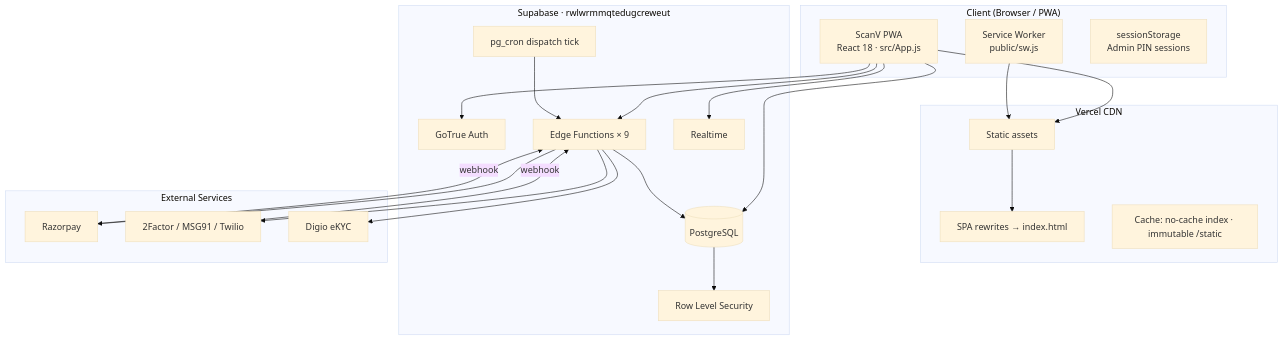
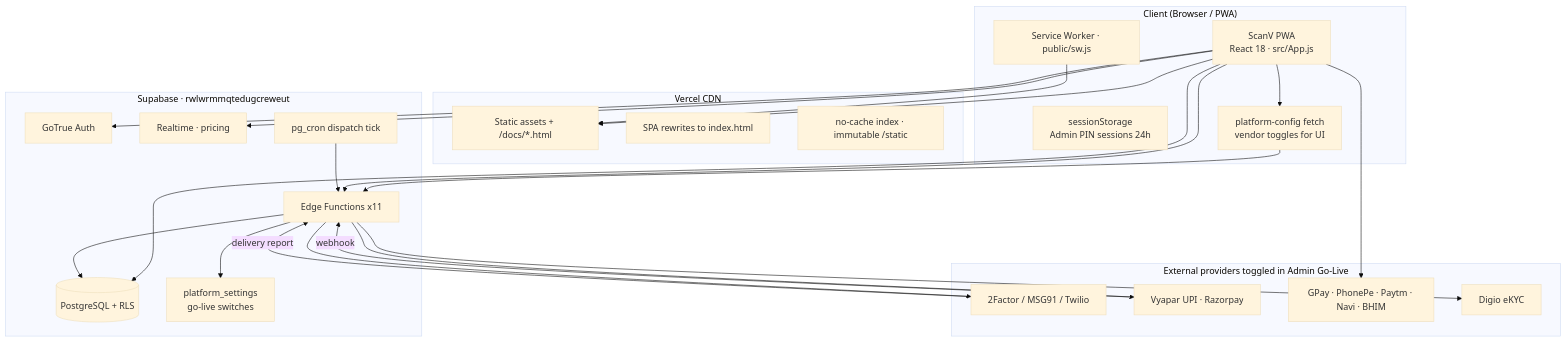
The second of 7 diagrams in docs/ARCHITECTURE.md (scanversecorp/scanverse), drawn with Mermaid (base theme) before and after one commit. The commit also changed other lines of this file and 14 other files, not shown here.

First line of the commit message:
Update architecture and data-flow diagrams for v5.5.3.

````diff
--- a/docs/ARCHITECTURE.md
+++ b/docs/ARCHITECTURE.md
@@ -40,45 +53,49 @@
 ```mermaid
 flowchart TB
     subgraph Client["Client (Browser / PWA)"]
         PWA["ScanV PWA<br/>React 18 · src/App.js"]
-        SW["Service Worker<br/>public/sw.js"]
-        SS["sessionStorage<br/>Admin PIN sessions"]
+        SW["Service Worker · public/sw.js"]
+        SS["sessionStorage<br/>Admin PIN sessions 24h"]
+        PC["platform-config fetch<br/>vendor toggles for UI"]
     end
 
     subgraph Vercel["Vercel CDN"]
-        CDN["Static assets"]
-        RW["SPA rewrites → index.html"]
-        HC["Cache: no-cache index · immutable /static"]
+        CDN["Static assets + /docs/*.html"]
+        RW["SPA rewrites to index.html"]
+        HC["no-cache index · immutable /static"]
     end
 
     subgraph Supabase["Supabase · rwlwrmmqtedugcreweut"]
         AUTH["GoTrue Auth"]
-        DB[("PostgreSQL")]
-        EF["Edge Functions × 9"]
-        RT["Realtime"]
-        RLS["Row Level Security"]
+        DB[("PostgreSQL + RLS")]
+        EF["Edge Functions x11"]
+        RT["Realtime · pricing"]
         CRON["pg_cron dispatch tick"]
+        PS["platform_settings<br/>go-live switches"]
     end
 
-    subgraph External["External Services"]
-        RZ["Razorpay"]
+    subgraph External["External providers toggled in Admin Go-Live"]
         OTP["2Factor / MSG91 / Twilio"]
+        PAY["Vyapar UPI · Razorpay"]
+        UPI["GPay · PhonePe · Paytm · Navi · BHIM"]
         DG["Digio eKYC"]
     end
 
     PWA --> CDN
     SW --> CDN
-    CDN --> RW
+    PWA --> PC
+    PC --> EF
     PWA --> AUTH
     PWA --> DB
     PWA --> EF
     PWA --> RT
-    DB --> RLS
     EF --> DB
-    EF --> RZ
+    EF --> PS
     EF --> OTP
+    EF --> PAY
+    PWA --> UPI
     EF --> DG
     CRON --> EF
-    RZ -->|webhook| EF
-    OTP -->|webhook| EF
+    PAY -->|webhook| EF
+    OTP -->|delivery report| EF
 ```
````
